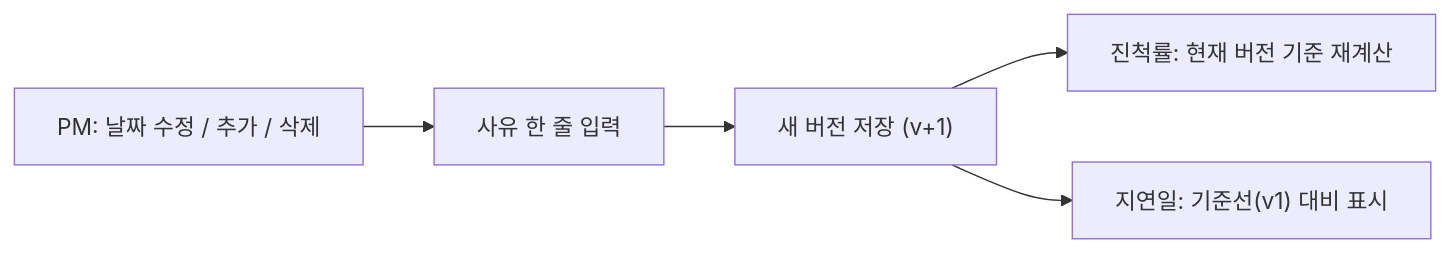
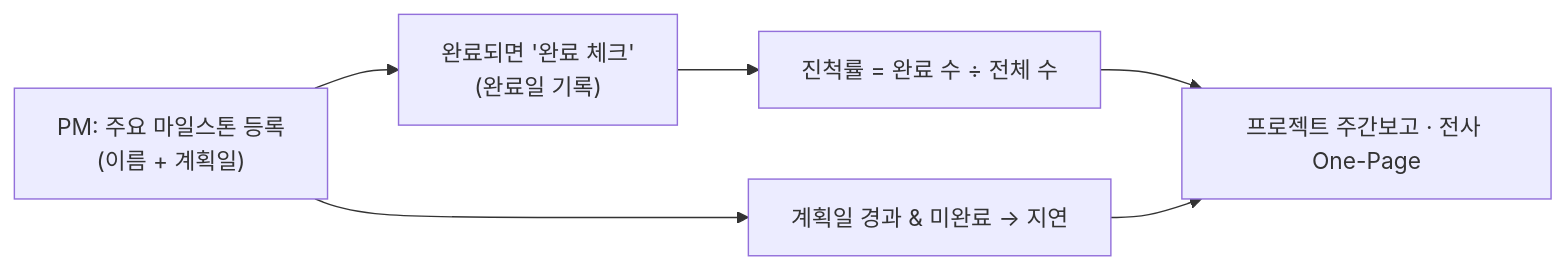
Before and after one commit to toddkim-rgb/BT_HRM: diagram 11 of 14 in SM_SI_인력관리시스템_명세서.md, drawn with Mermaid. The commit also changed other lines of this file and 13 other files, not shown here.

First line of the commit message:
v1.0: 주간보고 자동화 (프로젝트 주간보고·전사 One-Page), 범위 재정리

````diff
--- a/SM_SI_인력관리시스템_명세서.md
+++ b/SM_SI_인력관리시스템_명세서.md
@@ -633,7 +583,8 @@
 ```mermaid
 flowchart LR
-  A["PM: 날짜 수정 / 추가 / 삭제"] --> B["사유 한 줄 입력"]
-  B --> C["새 버전 저장 (v+1)"]
-  C --> D["진척률: 현재 버전 기준 재계산"]
-  C --> E["지연일: 기준선(v1) 대비 표시"]
+  A["PM: 주요 마일스톤 등록<br/>(이름 + 계획일)"] --> B["완료되면 '완료 체크'<br/>(완료일 기록)"]
+  B --> C["진척률 = 완료 수 ÷ 전체 수"]
+  A --> D["계획일 경과 & 미완료 → 지연"]
+  C --> R["프로젝트 주간보고 · 전사 One-Page"]
+  D --> R
 ```
````
